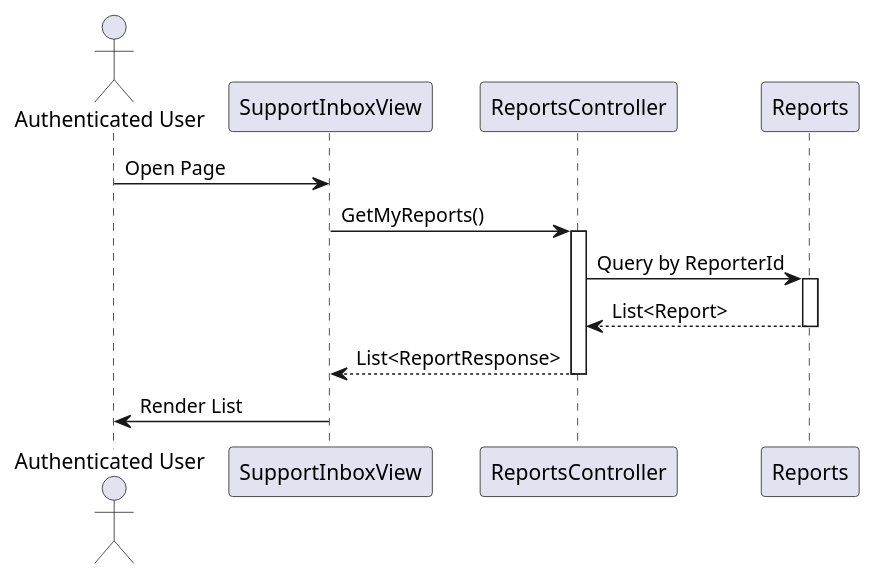
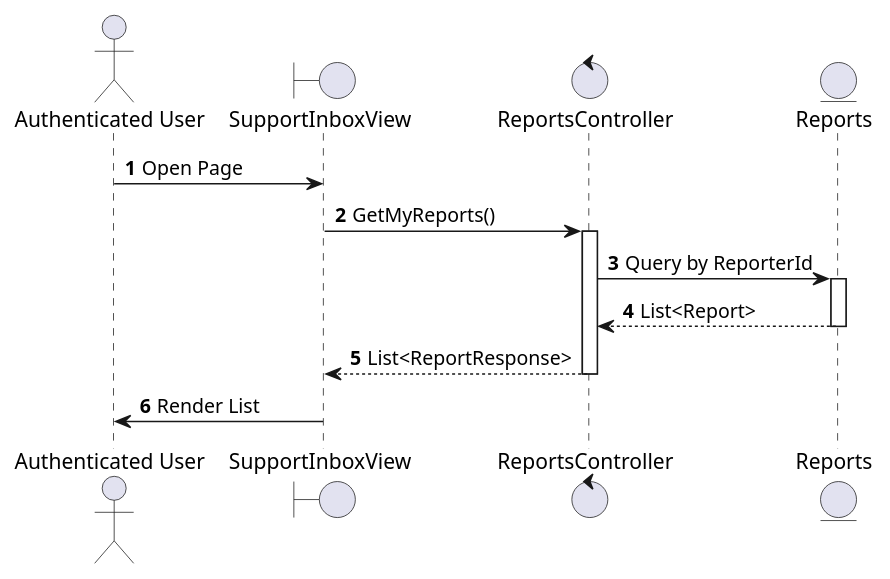
Before and after one commit to I-Love-U-3000/Favi-BE: the sixth of 6 diagrams in UC_2.1.10_Supervise_Content.md, drawn with PlantUML. The commit also changed other lines of this file and 36 other files, not shown here.

````diff
--- a/UC_2.1.10_Supervise_Content.md
+++ b/UC_2.1.10_Supervise_Content.md
@@ -146,19 +205,20 @@
 ```plantuml
 @startuml
+autonumber
 actor "Authenticated User" as User
-participant "SupportInboxView" as View
-participant "ReportsController" as Controller
-participant "Reports" as DB
+boundary "SupportInboxView" as View
+control "ReportsController" as Controller
+entity "Reports" as DB
 
 User -> View: Open Page
 View -> Controller: GetMyReports()
 activate Controller
 Controller -> DB: Query by ReporterId
 activate DB
 DB --> Controller: List<Report>
 deactivate DB
 Controller --> View: List<ReportResponse>
 deactivate Controller
 View -> User: Render List
 @enduml
 ```
````
